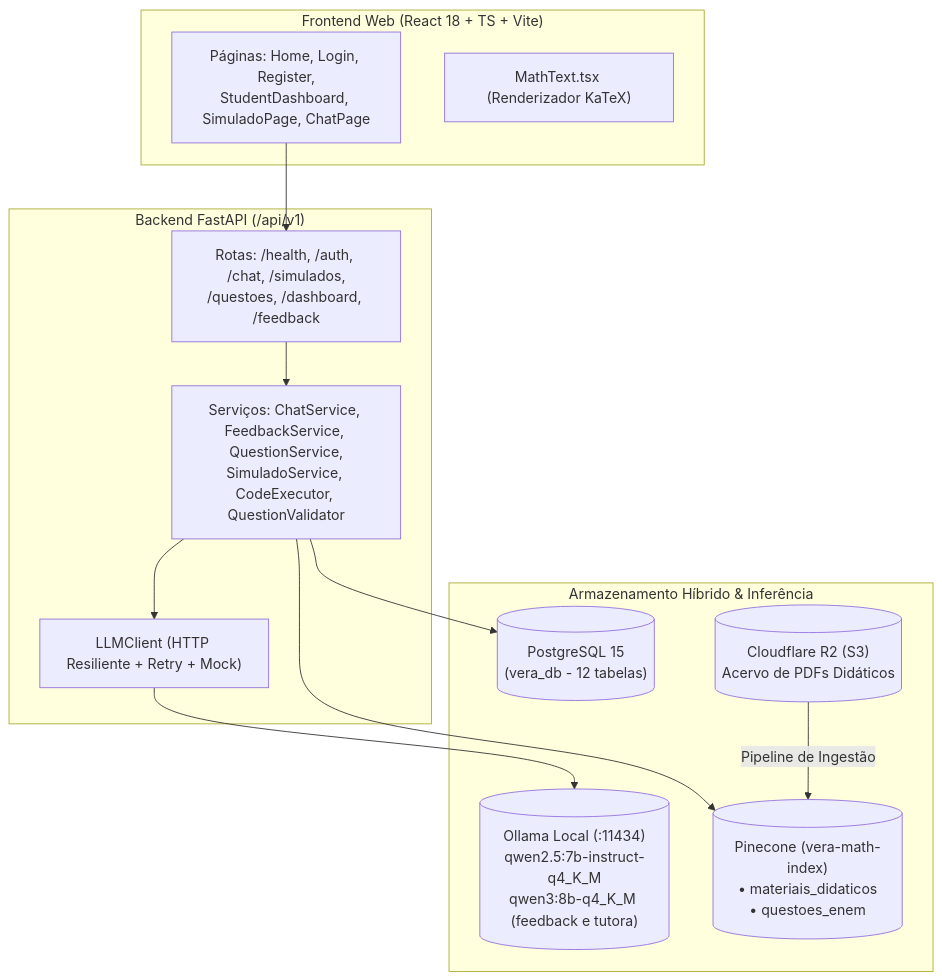
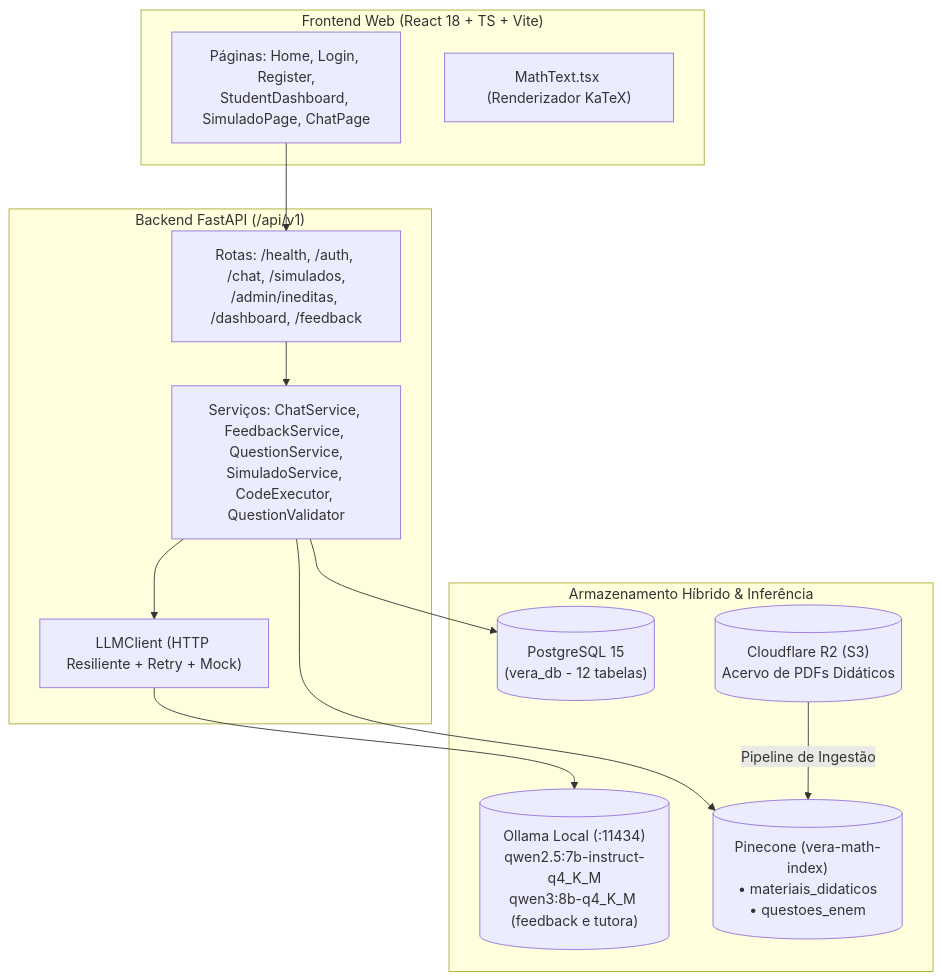
Before and after one commit to burnesz/vera: the diagram in docs/01-arquitetura-e-dados/visao-arquitetural.md, drawn with Mermaid. The commit also changed other lines of this file and 16 other files, not shown here.

````diff
--- a/docs/01-arquitetura-e-dados/visao-arquitetural.md
+++ b/docs/01-arquitetura-e-dados/visao-arquitetural.md
@@ -25,28 +25,28 @@
 ```mermaid
 flowchart TB
     subgraph Frontend ["Frontend Web (React 18 + TS + Vite)"]
         UI["Páginas: Home, Login, Register,\nStudentDashboard, SimuladoPage, ChatPage"]
         KATEX["MathText.tsx (Renderizador KaTeX)"]
     end
 
     subgraph Backend ["Backend FastAPI (/api/v1)"]
-        API["Rotas: /health, /auth, /chat, /simulados,\n/questoes, /dashboard, /feedback"]
+        API["Rotas: /health, /auth, /chat, /simulados,\n/admin/ineditas, /dashboard, /feedback"]
         SVC["Serviços: ChatService, FeedbackService, QuestionService,\nSimuladoService, CodeExecutor, QuestionValidator"]
         LLM["LLMClient (HTTP Resiliente + Retry + Mock)"]
     end
 
     subgraph Storage ["Armazenamento Híbrido & Inferência"]
         OLLAMA[("Ollama Local (:11434)\nqwen2.5:7b-instruct-q4_K_M\nqwen3:8b-q4_K_M (feedback e tutora)")]
         PG[("PostgreSQL 15\n(vera_db - 12 tabelas)")]
         PC[("Pinecone (vera-math-index)\n• materiais_didaticos\n• questoes_enem")]
         R2[("Cloudflare R2 (S3)\nAcervo de PDFs Didáticos")]
     end
 
     UI --> API
     API --> SVC
     SVC --> LLM
     LLM --> OLLAMA
     SVC --> PG
     SVC --> PC
     R2 -->|"Pipeline de Ingestão"| PC
 ```
````
